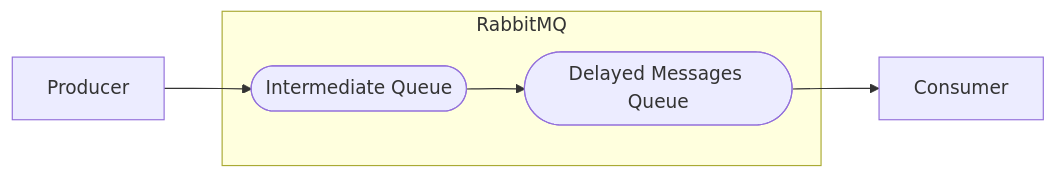
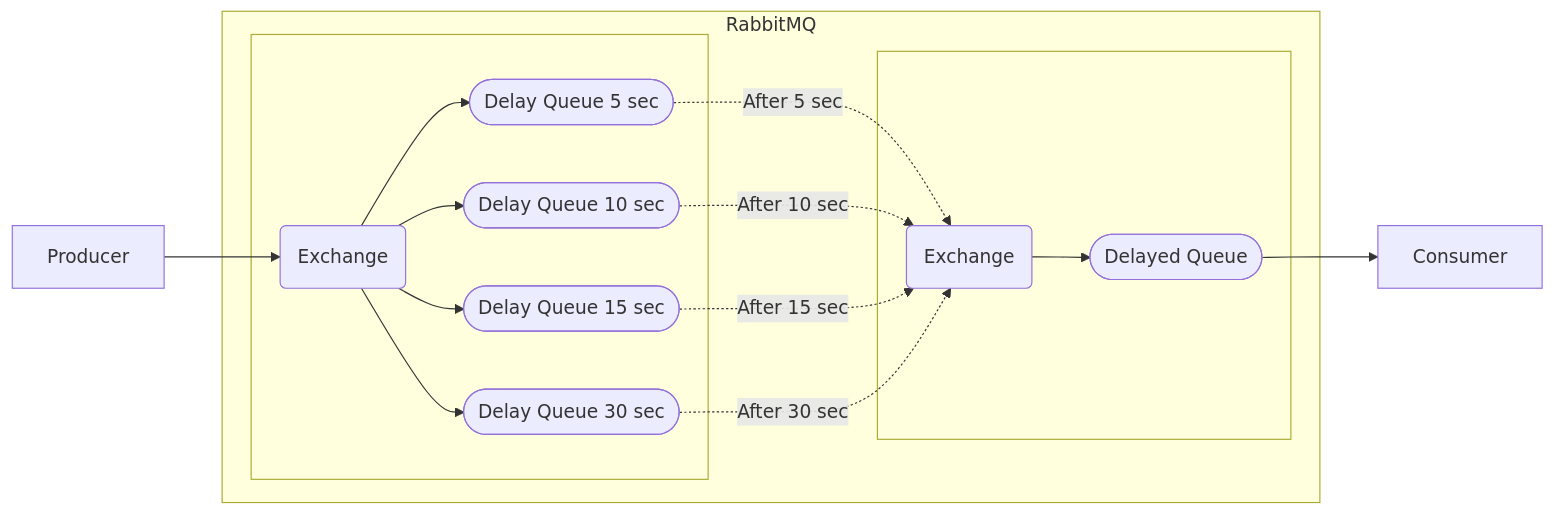
One commit to hivisonnmoura/MessageDelay changed the diagram in README.md. Above: the diagram before and after it, drawn with Mermaid.

Commit message:
Improving readme graph (#3)

````diff
--- a/README.md
+++ b/README.md
@@ -43,8 +43,21 @@
 ```mermaid
 flowchart LR
-    A[Producer] --> B([Intermediate Queue])
+    A[Producer] --> B(Exchange)
     subgraph RabbitMQ
-    B --> C([Delayed Messages Queue])
+    subgraph  
+    C([Delay Queue 5 sec])
+    G([Delay Queue 10 sec])
+    H([Delay Queue 15 sec])
+    I([Delay Queue 30 sec])
+    B --> C & G & H & I
     end
-    C --> D[Consumer]
+    C -.After 5 sec.-> D
+    G -.After 10 sec.-> D
+    H -.After 15 sec.-> D
+    I -.After 30 sec.-> D
+    subgraph  
+    D(Exchange) --> E([ Delayed Queue])
+    end
+    end
+    E --> F[Consumer]
 ```
````
